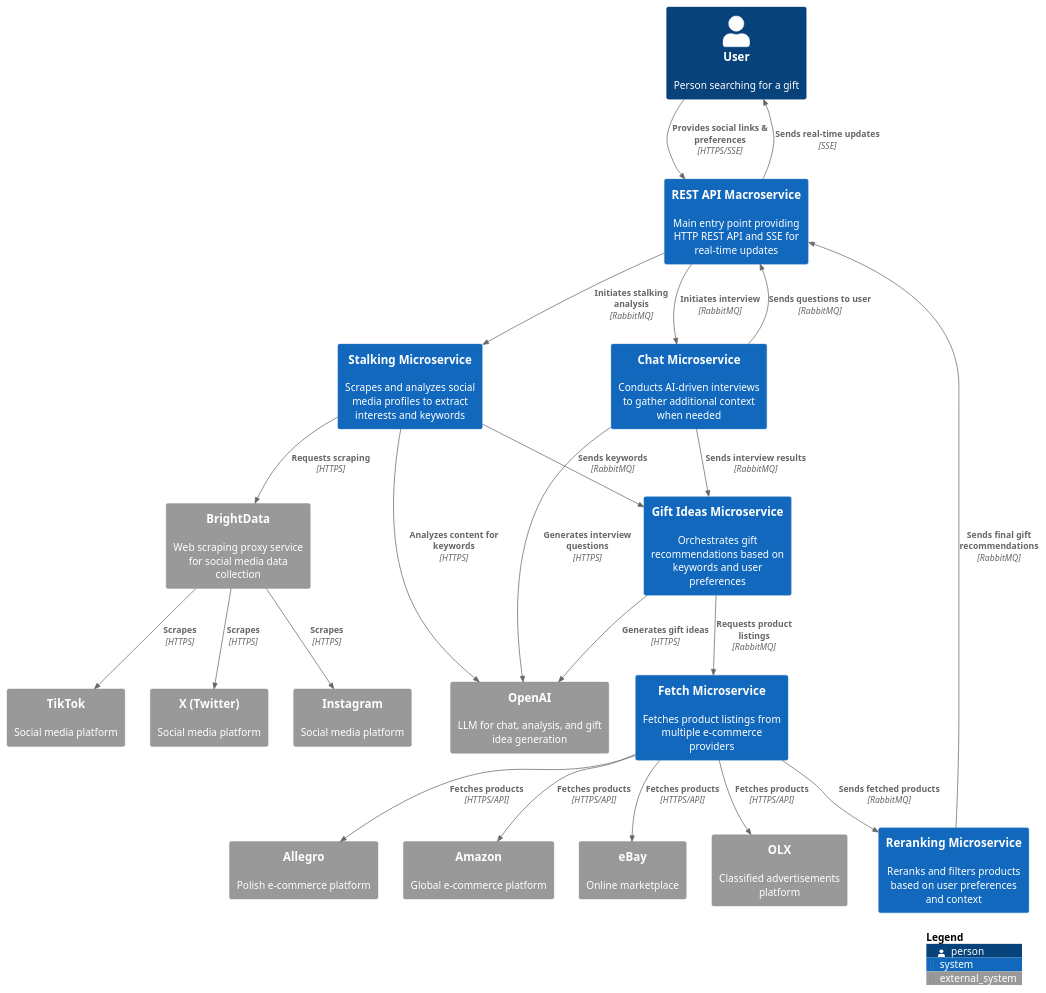
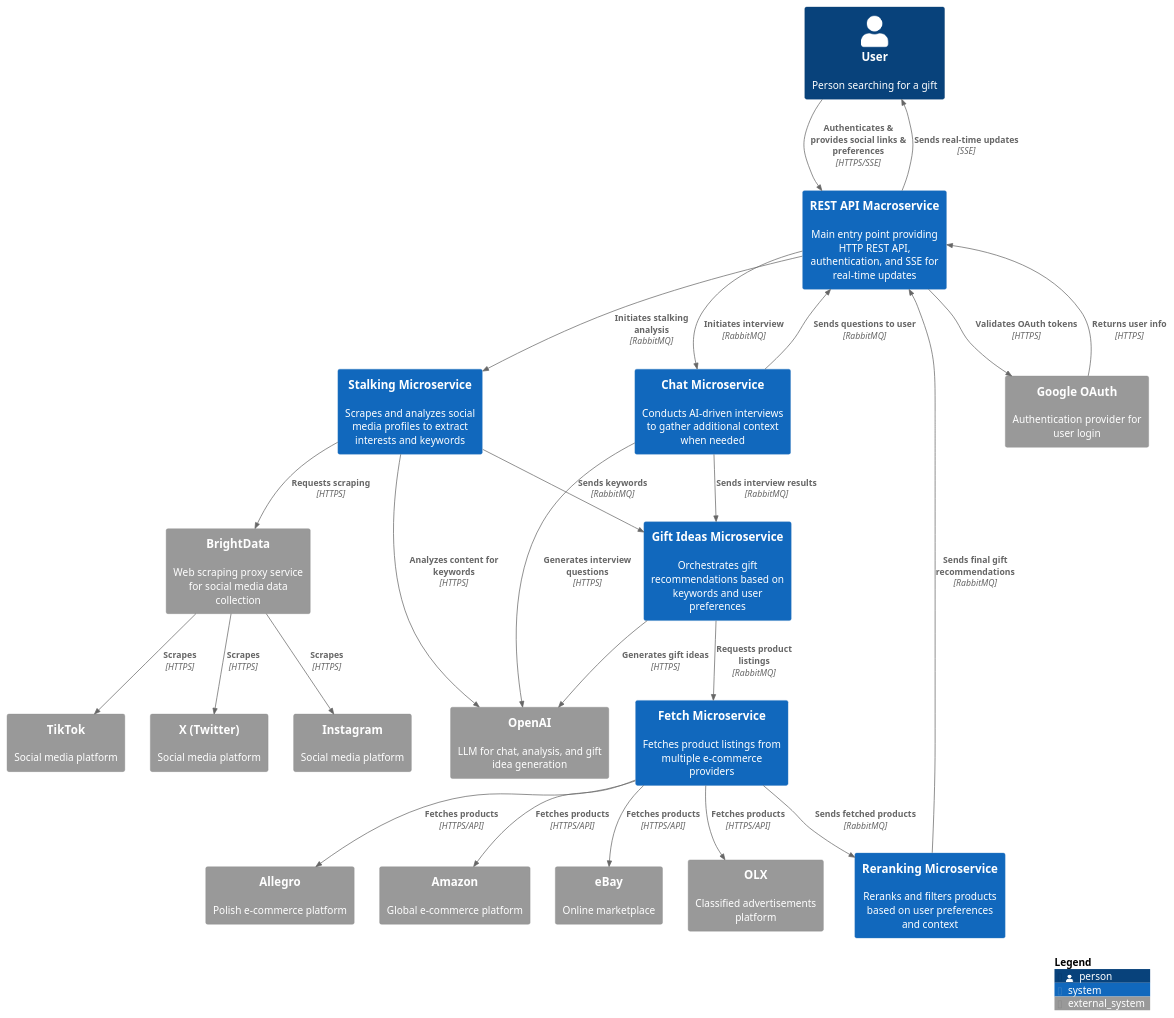
One commit to Generacja-Cuzi/ai-present-finder changed the diagram in docs/C4_v0.2.0/context.puml. Above: the diagram before and after it, drawn with PlantUML. The commit also changed 4 other files, not shown here.

Commit message:
feat: update c4 and sequence diagram

```diff
--- a/docs/C4_v0.2.0/context.puml
+++ b/docs/C4_v0.2.0/context.puml
@@ -1,52 +1,55 @@
 @startuml C4_Context_MVP
 !include https://raw.githubusercontent.com/plantuml-stdlib/C4-PlantUML/master/C4_Context.puml
 
 Person(user, "User", "Person searching for a gift")
 
-System(system_rest_api, "REST API Macroservice", "Main entry point providing HTTP REST API and SSE for real-time updates")
+System(system_rest_api, "REST API Macroservice", "Main entry point providing HTTP REST API, authentication, and SSE for real-time updates")
 System(system_gift_microservice, "Gift Ideas Microservice", "Orchestrates gift recommendations based on keywords and user preferences")
 System(system_stalking_microservice, "Stalking Microservice", "Scrapes and analyzes social media profiles to extract interests and keywords")
 System(system_chat_microservice, "Chat Microservice", "Conducts AI-driven interviews to gather additional context when needed")
 System(system_fetch_microservice, "Fetch Microservice", "Fetches product listings from multiple e-commerce providers")
 System(system_reranking_microservice, "Reranking Microservice", "Reranks and filters products based on user preferences and context")
 
 System_Ext(allegro, "Allegro", "Polish e-commerce platform")
 System_Ext(amazon, "Amazon", "Global e-commerce platform")
 System_Ext(ebay, "eBay", "Online marketplace")
 System_Ext(olx, "OLX", "Classified advertisements platform")
 
 System_Ext(openai_llm, "OpenAI", "LLM for chat, analysis, and gift idea generation")
 System_Ext(brightdata, "BrightData", "Web scraping proxy service for social media data collection")
+System_Ext(google_oauth, "Google OAuth", "Authentication provider for user login")
 System_Ext(instagram_ext, "Instagram", "Social media platform")
 System_Ext(tiktok_ext, "TikTok", "Social media platform")
 System_Ext(x_ext, "X (Twitter)", "Social media platform")
 
-Rel(user, system_rest_api, "Provides social links & preferences", "HTTPS/SSE")
+Rel(user, system_rest_api, "Authenticates & provides social links & preferences", "HTTPS/SSE")
+Rel(system_rest_api, google_oauth, "Validates OAuth tokens", "HTTPS")
+Rel(google_oauth, system_rest_api, "Returns user info", "HTTPS")
 Rel(system_rest_api, system_stalking_microservice, "Initiates stalking analysis", "RabbitMQ")
 Rel(system_rest_api, system_chat_microservice, "Initiates interview", "RabbitMQ")
 Rel(system_rest_api, user, "Sends real-time updates", "SSE")
 
 Rel(system_stalking_microservice, brightdata, "Requests scraping", "HTTPS")
 Rel(brightdata, instagram_ext, "Scrapes", "HTTPS")
 Rel(brightdata, tiktok_ext, "Scrapes", "HTTPS")
 Rel(brightdata, x_ext, "Scrapes", "HTTPS")
 Rel(system_stalking_microservice, openai_llm, "Analyzes content for keywords", "HTTPS")
 Rel(system_stalking_microservice, system_gift_microservice, "Sends keywords", "RabbitMQ")
 
 Rel(system_chat_microservice, openai_llm, "Generates interview questions", "HTTPS")
 Rel(system_chat_microservice, system_rest_api, "Sends questions to user", "RabbitMQ")
 Rel(system_chat_microservice, system_gift_microservice, "Sends interview results", "RabbitMQ")
 
 Rel(system_gift_microservice, openai_llm, "Generates gift ideas", "HTTPS")
 Rel(system_gift_microservice, system_fetch_microservice, "Requests product listings", "RabbitMQ")
 
 Rel(system_fetch_microservice, allegro, "Fetches products", "HTTPS/API")
 Rel(system_fetch_microservice, amazon, "Fetches products", "HTTPS/API")
 Rel(system_fetch_microservice, ebay, "Fetches products", "HTTPS/API")
 Rel(system_fetch_microservice, olx, "Fetches products", "HTTPS/API")
 Rel(system_fetch_microservice, system_reranking_microservice, "Sends fetched products", "RabbitMQ")
 
 Rel(system_reranking_microservice, system_rest_api, "Sends final gift recommendations", "RabbitMQ")
 
 SHOW_LEGEND()
 @enduml
```
